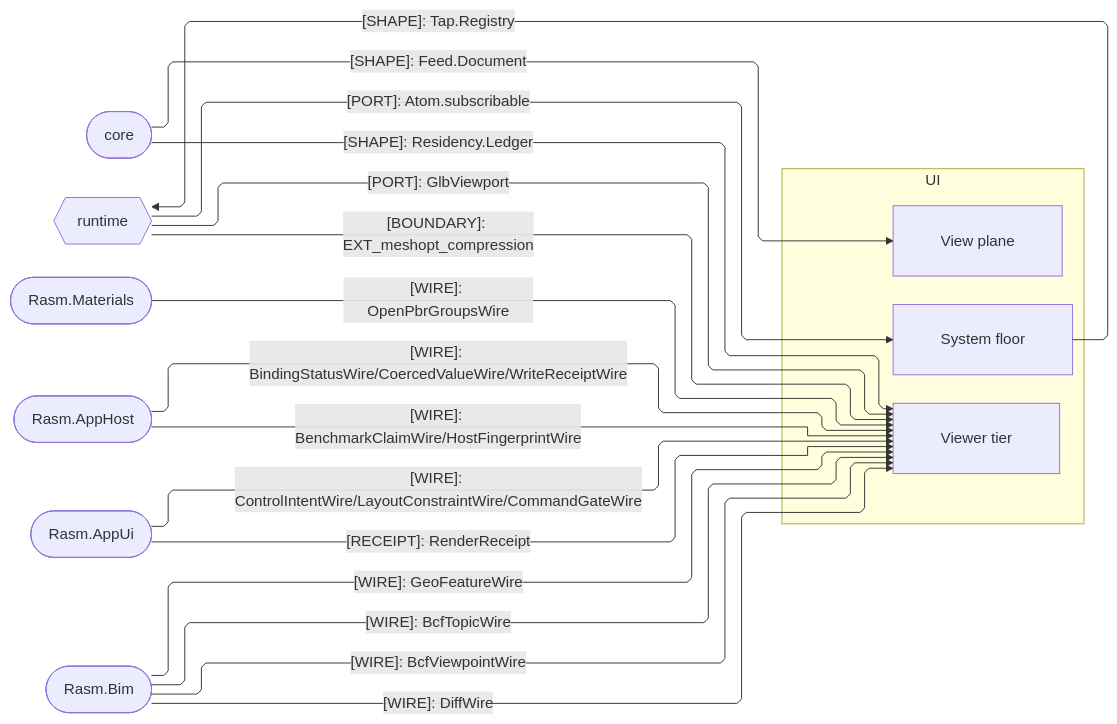
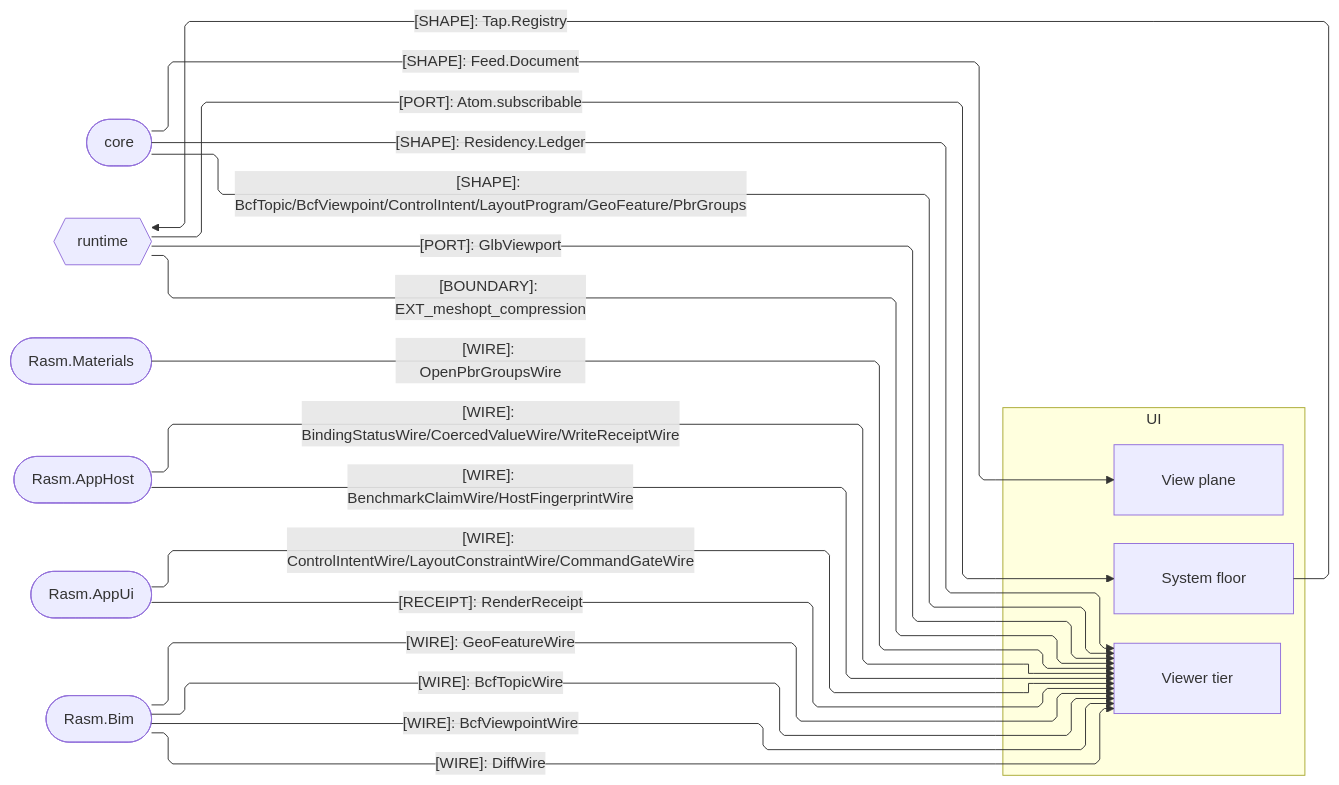
One commit to bsamiee/Rasm changed the second of 2 diagrams in libs/typescript/ui/ARCHITECTURE.md. Above: the diagram before and after it, drawn with Mermaid. The commit also changed other lines of this file and 486 other files, not shown here.

````diff
--- a/libs/typescript/ui/ARCHITECTURE.md
+++ b/libs/typescript/ui/ARCHITECTURE.md
@@ -88,38 +88,39 @@
 ```mermaid
 ---
 config:
   layout: elk
   flowchart:
     curve: linear
     padding: 25
 ---
 flowchart LR
     accTitle: UI package seam registry
     accDescr: UI owners exchanging value, wire, port, and receipt contracts with core, runtime, and the C# packages; nodes classed by direction.
     subgraph ui[UI]
         System[System floor]
         View[View plane]
         Viewer[Viewer tier]
     end
     Core([core])
     Runtime{{runtime}}
     Materials([Rasm.Materials])
     AppHost([Rasm.AppHost])
     AppUi([Rasm.AppUi])
     Bim([Rasm.Bim])
     Core e1@-->|"[SHAPE]: Feed.Document"| View
     Core e12@-->|"[SHAPE]: Residency.Ledger"| Viewer
+    Core e16@-->|"[SHAPE]: BcfTopic/BcfViewpoint/ControlIntent/LayoutProgram/GeoFeature/PbrGroups"| Viewer
     Runtime e2@-->|"[PORT]: Atom.subscribable"| System
     Runtime e3@-->|"[PORT]: GlbViewport"| Viewer
     Runtime e4@-->|"[BOUNDARY]: EXT_meshopt_compression"| Viewer
     Materials e5@-->|"[WIRE]: OpenPbrGroupsWire"| Viewer
     AppHost e6@-->|"[WIRE]: BindingStatusWire/CoercedValueWire/WriteReceiptWire"| Viewer
     AppHost e13@-->|"[WIRE]: BenchmarkClaimWire/HostFingerprintWire"| Viewer
     AppUi e7@-->|"[WIRE]: ControlIntentWire/LayoutConstraintWire/CommandGateWire"| Viewer
     AppUi e8@-->|"[RECEIPT]: RenderReceipt"| Viewer
     Bim e9@-->|"[WIRE]: BcfTopicWire"| Viewer
     Bim e10@-->|"[WIRE]: BcfViewpointWire"| Viewer
     Bim e11@-->|"[WIRE]: DiffWire"| Viewer
     Bim e14@-->|"[WIRE]: GeoFeatureWire"| Viewer
     System e15@-->|"[SHAPE]: Tap.Registry"| Runtime
 ```
````
